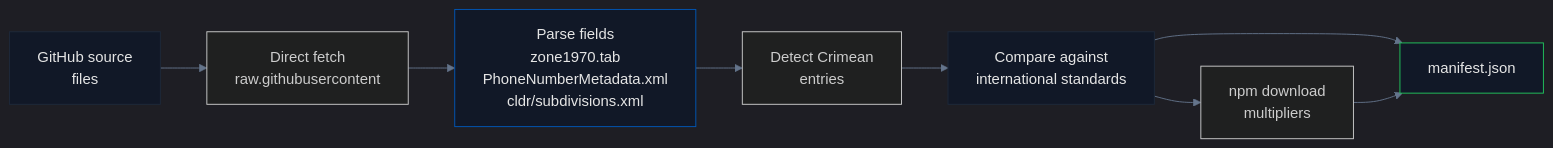
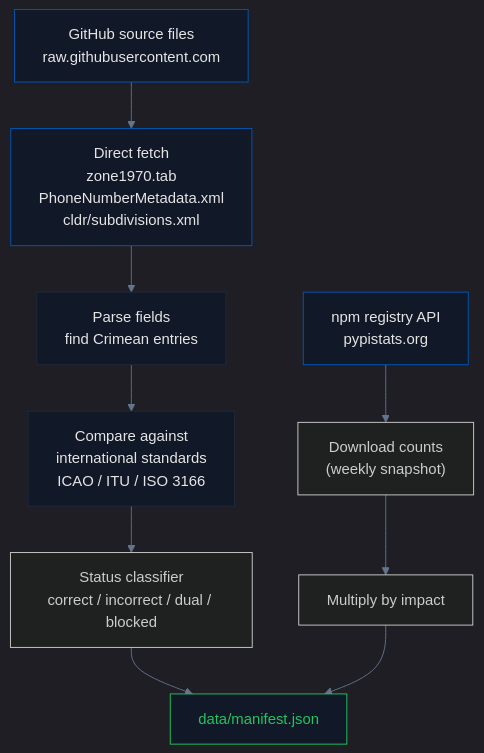
Before and after one commit to IvanDobrovolsky/crimeaisukraine: the second of 2 diagrams in pipelines/tech_infrastructure/README.md, drawn with Mermaid. The commit also changed other lines of this file and 6 other files, not shown here.

````diff
--- a/pipelines/tech_infrastructure/README.md
+++ b/pipelines/tech_infrastructure/README.md
@@ -26,16 +96,19 @@
 ```mermaid
-%%{init: {'theme': 'dark', 'themeVariables': {'primaryColor': '#0057b7', 'secondaryColor': '#ffd700', 'primaryTextColor': '#e5e5e5', 'lineColor': '#64748b', 'primaryBorderColor': '#1e293b'}}}%%
-graph LR
-  A["GitHub source<br/>files"] --> B["Direct fetch<br/>raw.githubusercontent"]
-  B --> C["Parse fields<br/>zone1970.tab<br/>PhoneNumberMetadata.xml<br/>cldr/subdivisions.xml"]
-  C --> D["Detect Crimean<br/>entries"]
-  D --> E["Compare against<br/>international standards"]
-  E --> F["manifest.json"]
-  E --> G["npm download<br/>multipliers"]
-  G --> F
+%%{init: {'theme': 'dark', 'themeVariables': {'primaryColor': '#0057b7', 'primaryTextColor': '#e5e5e5', 'lineColor': '#64748b', 'primaryBorderColor': '#1e293b'}}}%%
+graph TB
+    A["GitHub source files<br/>raw.githubusercontent.com"] --> B["Direct fetch<br/>zone1970.tab<br/>PhoneNumberMetadata.xml<br/>cldr/subdivisions.xml"]
+    B --> C["Parse fields<br/>find Crimean entries"]
+    C --> D["Compare against<br/>international standards<br/>ICAO / ITU / ISO 3166"]
+    D --> E["Status classifier<br/>correct / incorrect / dual / blocked"]
+    F["npm registry API<br/>pypistats.org"] --> G["Download counts<br/>(weekly snapshot)"]
+    G --> H["Multiply by impact"]
+    E --> I["data/manifest.json"]
+    H --> I
 
-  style A fill:#111827,stroke:#1e293b,color:#e5e5e5
-  style C fill:#111827,stroke:#0057b7,color:#e5e5e5
-  style E fill:#111827,stroke:#1e293b,color:#e5e5e5
-  style F fill:#111827,stroke:#22c55e,color:#e5e5e5
+    style A fill:#111827,stroke:#0057b7,color:#e5e5e5
+    style B fill:#111827,stroke:#0057b7,color:#e5e5e5
+    style F fill:#111827,stroke:#0057b7,color:#e5e5e5
+    style C fill:#111827,stroke:#1e293b,color:#e5e5e5
+    style D fill:#111827,stroke:#1e293b,color:#e5e5e5
+    style I fill:#111827,stroke:#22c55e,color:#22c55e
 ```
````
